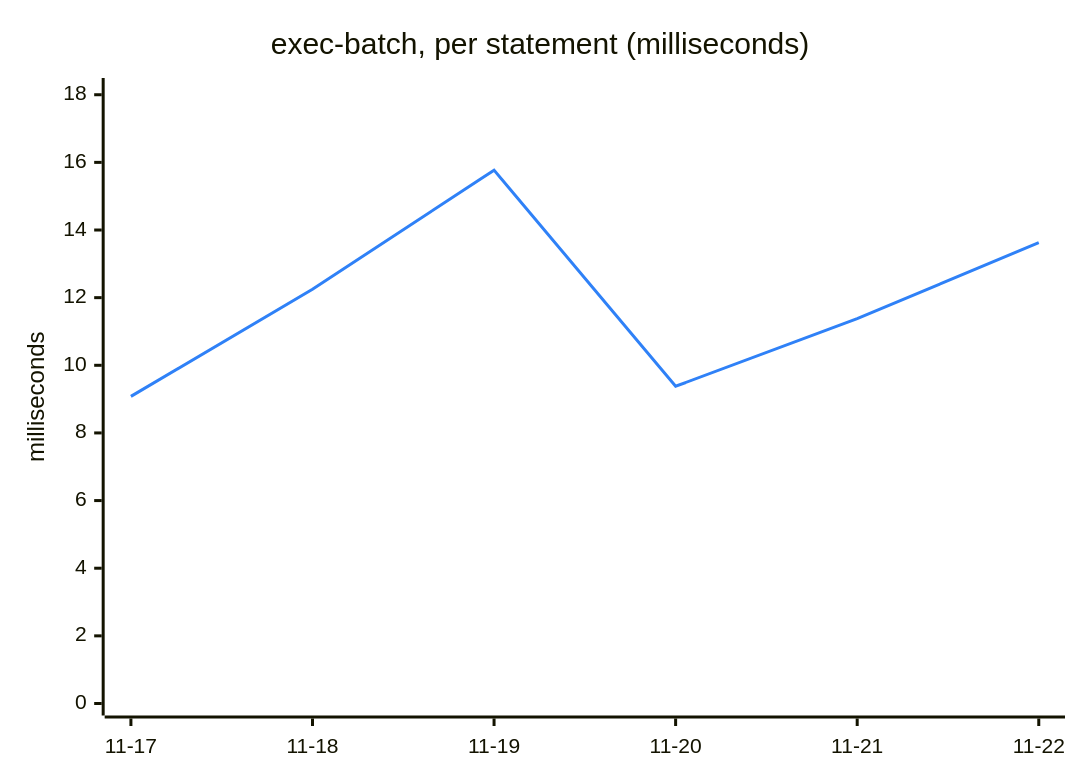
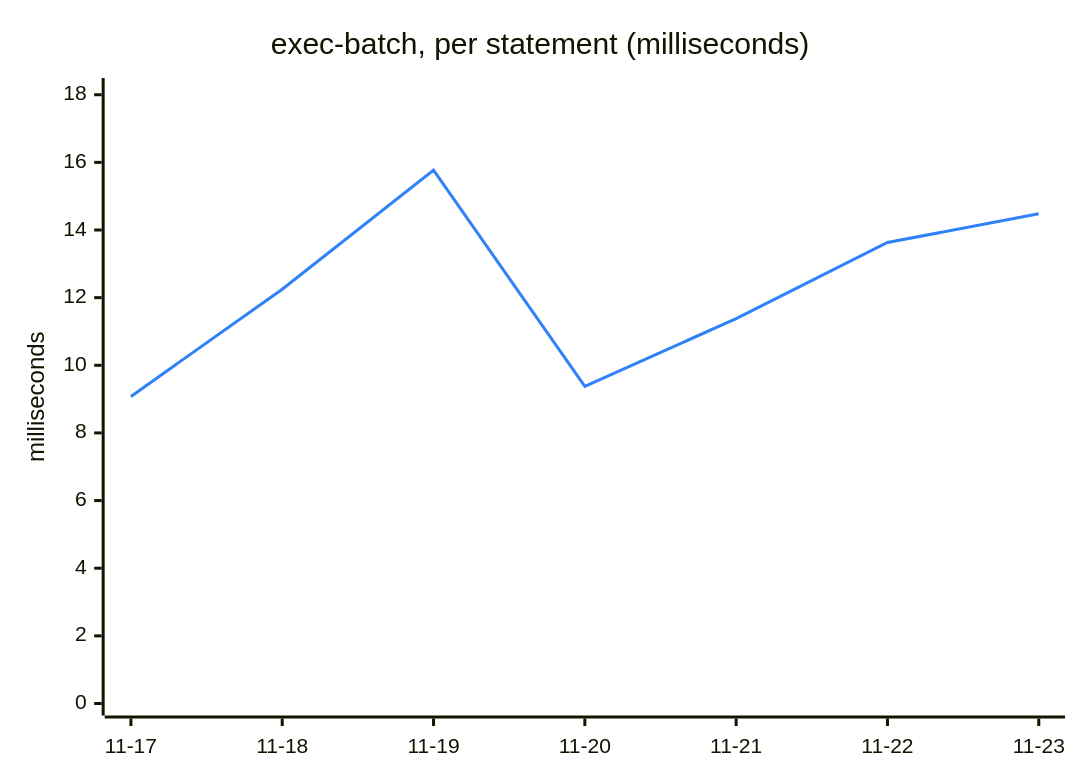
One commit to Ricovl/mxcli changed the fifth of 6 diagrams in TREND.md. Above: the diagram before and after it, drawn with Mermaid. The commit also changed other lines of this file and 2 other files, not shown here.

````diff
--- a/TREND.md
+++ b/TREND.md
@@ -111,13 +111,13 @@
 ```mermaid
 ---
 config:
   themeVariables:
     xyChart:
       plotColorPalette: "#2f81f7"
 ---
 xychart-beta
     title "exec-batch, per statement (milliseconds)"
-    x-axis ["11-17", "11-18", "11-19", "11-20", "11-21", "11-22"]
+    x-axis ["11-17", "11-18", "11-19", "11-20", "11-21", "11-22", "11-23"]
     y-axis "milliseconds" 0 --> 18.14
-    line [9.08, 12.25, 15.77, 9.38, 11.38, 13.63]
+    line [9.08, 12.25, 15.77, 9.38, 11.38, 13.63, 14.48]
 ```
````
